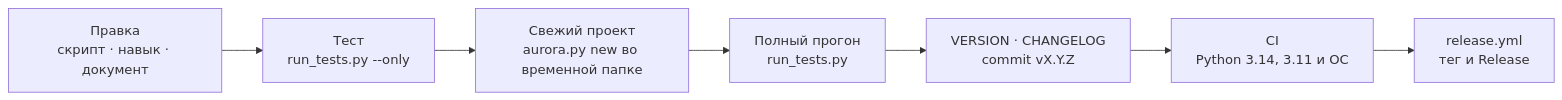
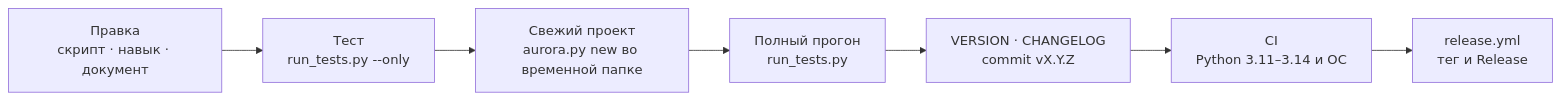
The diagram in docs/CONTRIBUTING.md (VVG-web/aurora-studio), drawn with Mermaid before and after one commit. The commit also changed other lines of this file and 8 other files, not shown here.

````diff
--- a/docs/CONTRIBUTING.md
+++ b/docs/CONTRIBUTING.md
@@ -100,9 +100,9 @@
 ```mermaid
 flowchart LR
   A["Правка<br>скрипт · навык · документ"] --> B["Тест<br>run_tests.py --only"]
   B --> C["Свежий проект<br>aurora.py new во временной папке"]
   C --> D["Полный прогон<br>run_tests.py"]
   D --> E["VERSION · CHANGELOG<br>commit vX.Y.Z"]
-  E --> F["CI<br>Python 3.14, 3.11 и ОС"]
+  E --> F["CI<br>Python 3.11–3.14 и ОС"]
   F --> G["release.yml<br>тег и Release"]
 ```
````
